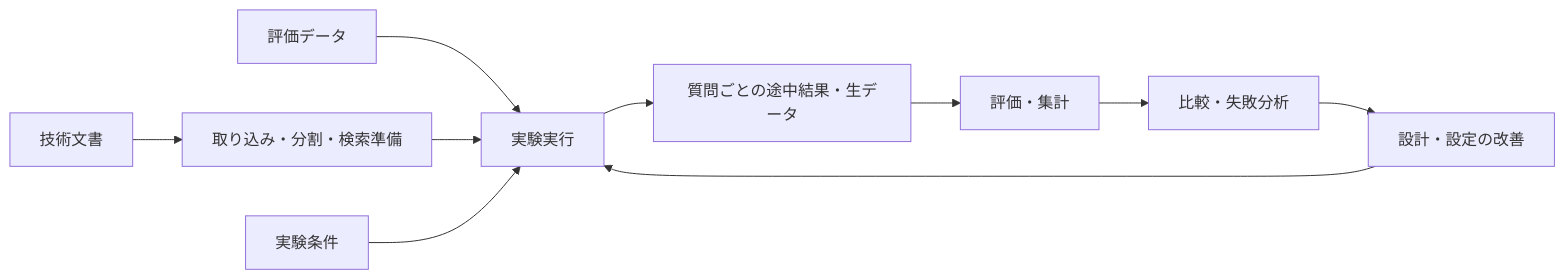
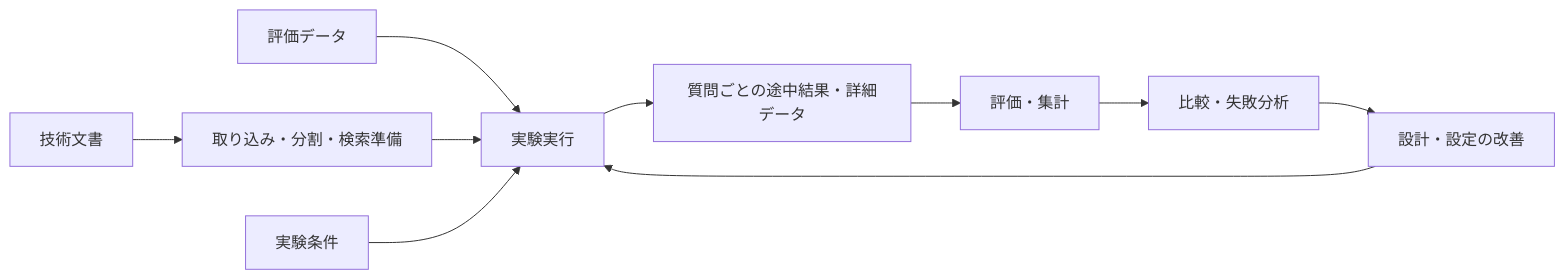
The diagram in project-docs/RAGScope概要.md (takashit16833/RAGScope), drawn with Mermaid before and after one commit. The commit also changed other lines of this file and 36 other files, not shown here.

````diff
--- a/project-docs/RAGScope概要.md
+++ b/project-docs/RAGScope概要.md
@@ -83,12 +83,12 @@
 ```mermaid
 flowchart LR
     Documents["技術文書"] --> Prepare["取り込み・分割・検索準備"]
     Dataset["評価データ"] --> Run["実験実行"]
     Prepare --> Run
     Config["実験条件"] --> Run
-    Run --> Raw["質問ごとの途中結果・生データ"]
+    Run --> Raw["質問ごとの途中結果・詳細データ"]
     Raw --> Evaluate["評価・集計"]
     Evaluate --> Compare["比較・失敗分析"]
     Compare --> Improve["設計・設定の改善"]
     Improve --> Run
 ```
````
